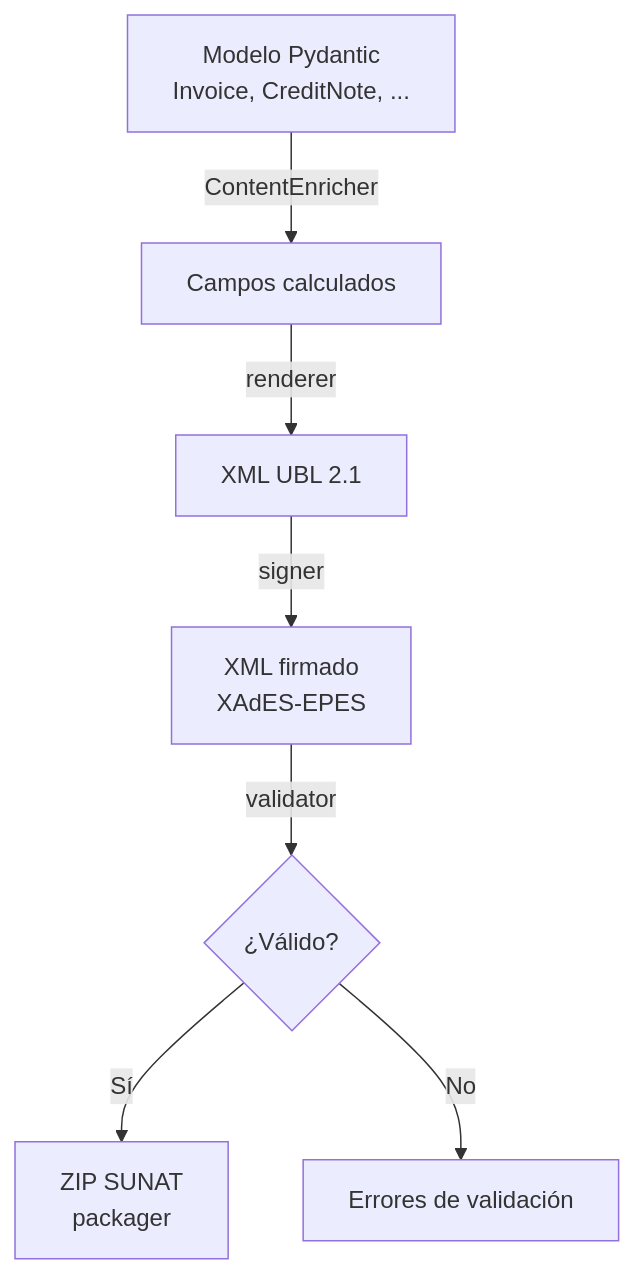
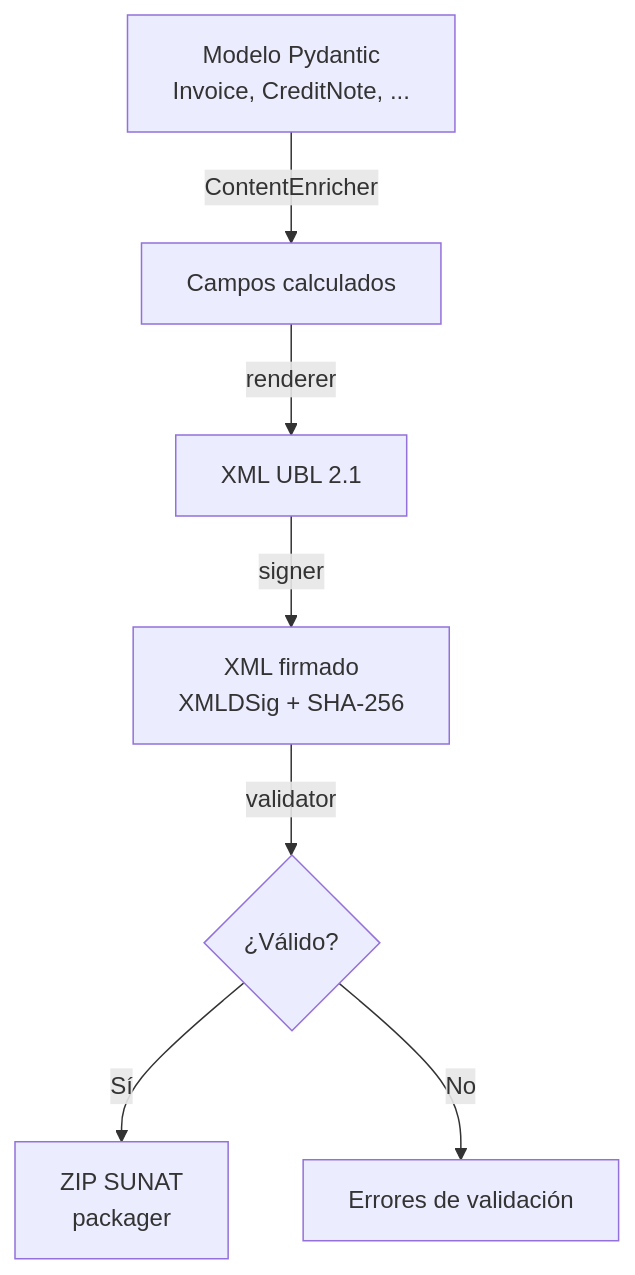
Before and after one commit to darvin2c/openUBL: the first of 3 diagrams in docs/src/content/docs/getting-started/arquitectura.mdx, drawn with Mermaid. The commit also changed other lines of this file and 12 other files, not shown here.

First line of the commit message:
feat(signer): migra firma digital SUNAT a RSA-SHA-256/SHA-256 (#27)

````diff
--- a/docs/src/content/docs/getting-started/arquitectura.mdx
+++ b/docs/src/content/docs/getting-started/arquitectura.mdx
@@ -23,9 +23,9 @@
 ```mermaid
 flowchart TB
     A[Modelo Pydantic<br/>Invoice, CreditNote, ...] -->|ContentEnricher| B[Campos calculados]
     B -->|renderer| C[XML UBL 2.1]
-    C -->|signer| D[XML firmado<br/>XAdES-EPES]
+    C -->|signer| D[XML firmado<br/>XMLDSig + SHA-256]
     D -->|validator| E{¿Válido?}
     E -->|Sí| F[ZIP SUNAT<br/>packager]
     E -->|No| G[Errores de validación]
 ```
````
